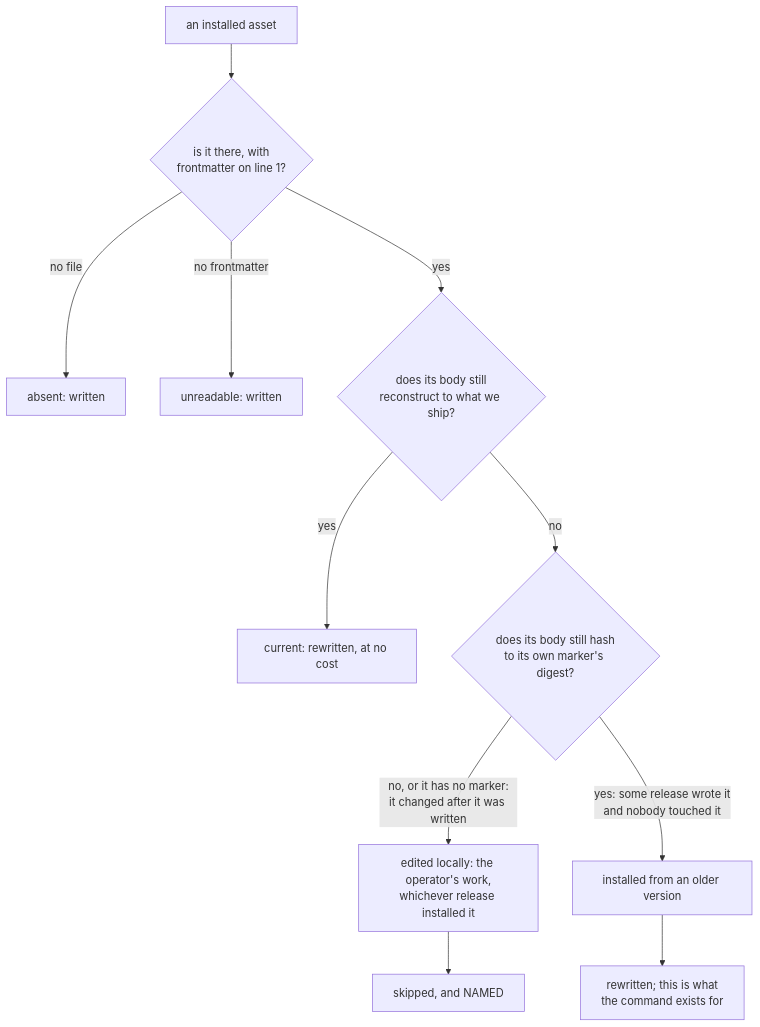
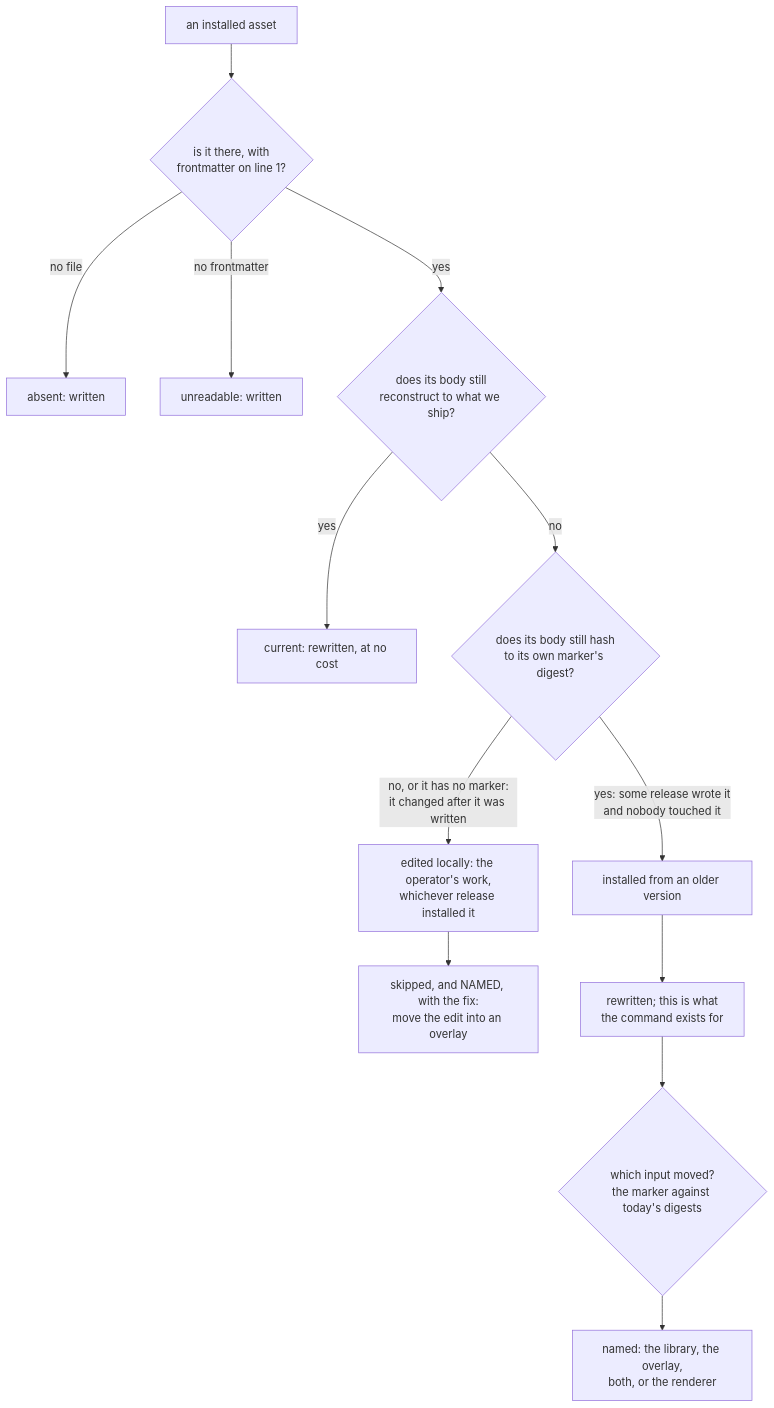
The diagram in docs/architecture/cli.md (Mindchallenges/Invariant), drawn with Mermaid before and after one commit. The commit also changed other lines of this file and 14 other files, not shown here.

````diff
--- a/docs/architecture/cli.md
+++ b/docs/architecture/cli.md
@@ -370,13 +409,15 @@
 ```mermaid
 graph TD
     T["an installed asset"] --> A{"is it there, with<br/>frontmatter on line 1?"}
     A -- "no file" --> AB["absent: written"]
     A -- "no frontmatter" --> U["unreadable: written"]
     A -- yes --> E{"does its body still<br/>reconstruct to what we ship?"}
     E -- yes --> C["current: rewritten, at no cost"]
     E -- no --> M{"does its body still hash<br/>to its own marker's digest?"}
     M -- "no, or it has no marker:<br/>it changed after it was written" --> L["edited locally: the operator's work,<br/>whichever release installed it"]
     M -- "yes: some release wrote it<br/>and nobody touched it" --> O["installed from an older version"]
-    L --> S["skipped, and NAMED"]
+    L --> S["skipped, and NAMED, with the fix:<br/>move the edit into an overlay"]
     O --> W["rewritten; this is what<br/>the command exists for"]
+    W --> I{"which input moved?<br/>the marker against today's digests"}
+    I --> IN["named: the library, the overlay,<br/>both, or the renderer"]
 ```
````
